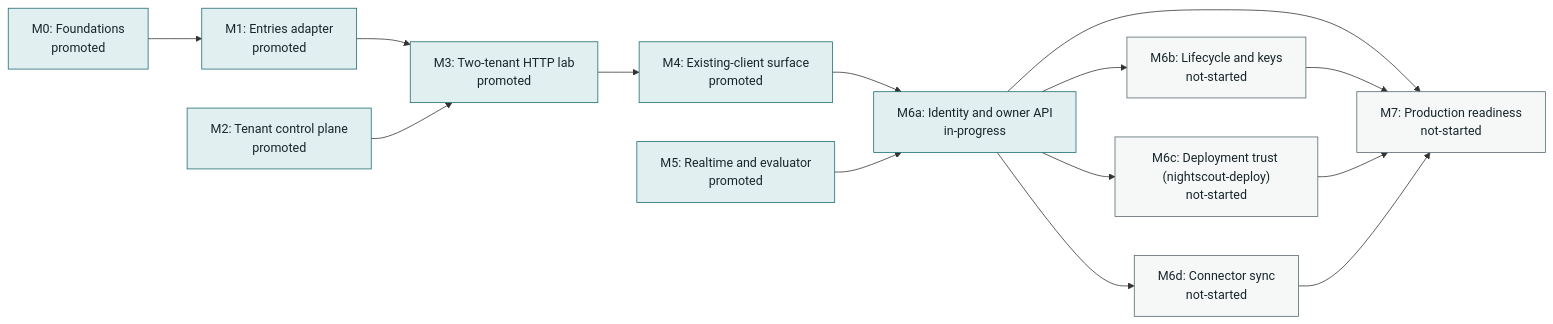
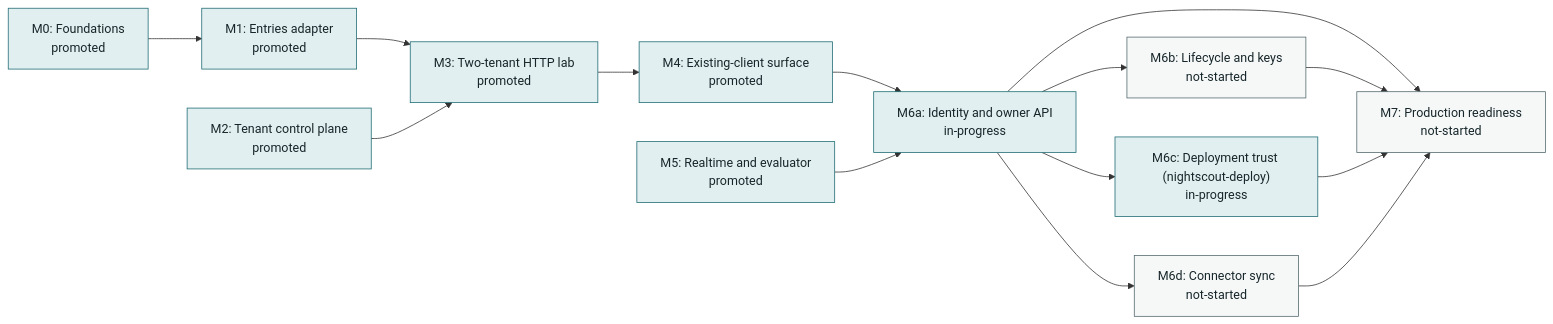
The first of 2 diagrams in docs/30-design/tenancy/multitenant-delivery-dashboard.md (bewest/rag-nightscout-ecosystem-alignment), drawn with Mermaid before and after one commit. The commit also changed other lines of this file and 2 other files, not shown here.

````diff
--- a/docs/30-design/tenancy/multitenant-delivery-dashboard.md
+++ b/docs/30-design/tenancy/multitenant-delivery-dashboard.md
@@ -19,41 +19,41 @@
 ```mermaid
 flowchart LR
   M0["M0: Foundations<br/>promoted"]
   M1["M1: Entries adapter<br/>promoted"]
   M2["M2: Tenant control plane<br/>promoted"]
   M3["M3: Two-tenant HTTP lab<br/>promoted"]
   M4["M4: Existing-client surface<br/>promoted"]
   M5["M5: Realtime and evaluator<br/>promoted"]
   M6a["M6a: Identity and owner API<br/>in-progress"]
   M6b["M6b: Lifecycle and keys<br/>not-started"]
-  M6c["M6c: Deployment trust (nightscout-deploy)<br/>not-started"]
+  M6c["M6c: Deployment trust (nightscout-deploy)<br/>in-progress"]
   M6d["M6d: Connector sync<br/>not-started"]
   M7["M7: Production readiness<br/>not-started"]
   M0 --> M1
   M1 --> M3
   M2 --> M3
   M3 --> M4
   M4 --> M6a
   M5 --> M6a
   M6a --> M6b
   M6a --> M6c
   M6a --> M6d
   M6a --> M7
   M6b --> M7
   M6c --> M7
   M6d --> M7
   classDef active fill:#e2eff0,stroke:#1d6b73,color:#17262a
   classDef waiting fill:#fbf1dc,stroke:#8a5a00,color:#17262a
   classDef planned fill:#f6f8f8,stroke:#55686d,color:#17262a
   class M0 active
   class M1 active
   class M2 active
   class M3 active
   class M4 active
   class M5 active
   class M6a active
   class M6b planned
-  class M6c planned
+  class M6c active
   class M6d planned
   class M7 planned
 ```
````
